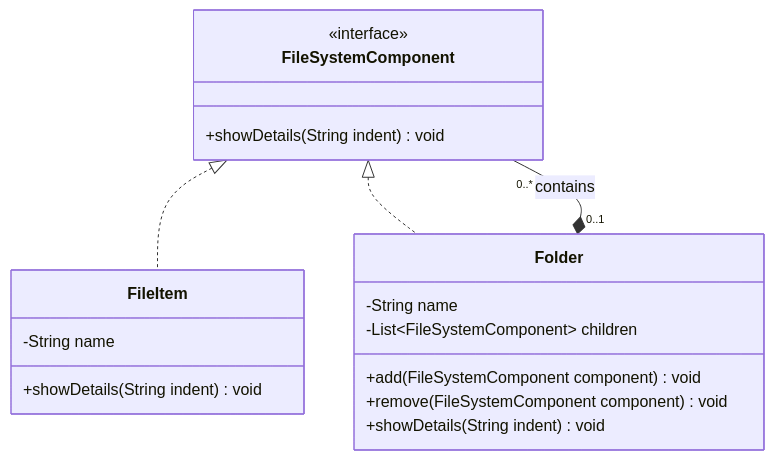
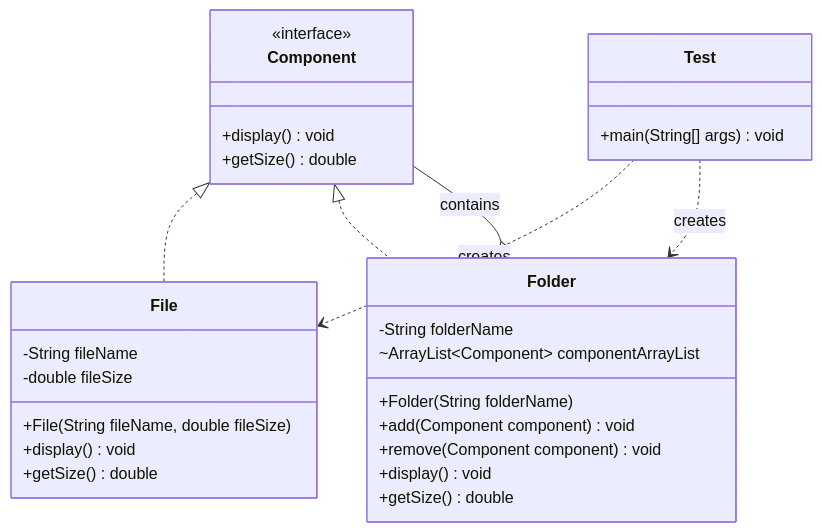
One commit to RasheedaIdusara/Object-Oriented-Design-Pattern-2 changed the diagram in OODP-2-Composite/README.md. Above: the diagram before and after it, drawn with Mermaid. The commit also changed other lines of this file, not shown here.

````diff
--- a/OODP-2-Composite/README.md
+++ b/OODP-2-Composite/README.md
@@ -53,25 +62,36 @@
 ```mermaid
 classDiagram
-    class FileSystemComponent {
+    class Component {
         <<interface>>
-        +showDetails(String indent) void
+        +display() void
+        +getSize() double
     }
 
-    class FileItem {
-        -String name
-        +showDetails(String indent) void
+    class File {
+        -String fileName
+        -double fileSize
+        +File(String fileName, double fileSize)
+        +display() void
+        +getSize() double
     }
 
     class Folder {
-        -String name
-        -List~FileSystemComponent~ children
-        +add(FileSystemComponent component) void
-        +remove(FileSystemComponent component) void
-        +showDetails(String indent) void
+        -String folderName
+        ~ArrayList~Component~ componentArrayList
+        +Folder(String folderName)
+        +add(Component component) void
+        +remove(Component component) void
+        +display() void
+        +getSize() double
     }
 
-    FileSystemComponent <|.. FileItem
-    FileSystemComponent <|.. Folder
+    class Test {
+        +main(String[] args) void
+    }
 
-    Folder "0..1" *-- "0..*" FileSystemComponent : contains
+    Component <|.. File
+    Component <|.. Folder
+    Folder o-- Component : contains
+    Test ..> File : creates
+    Test ..> Folder : creates
 ```
````
